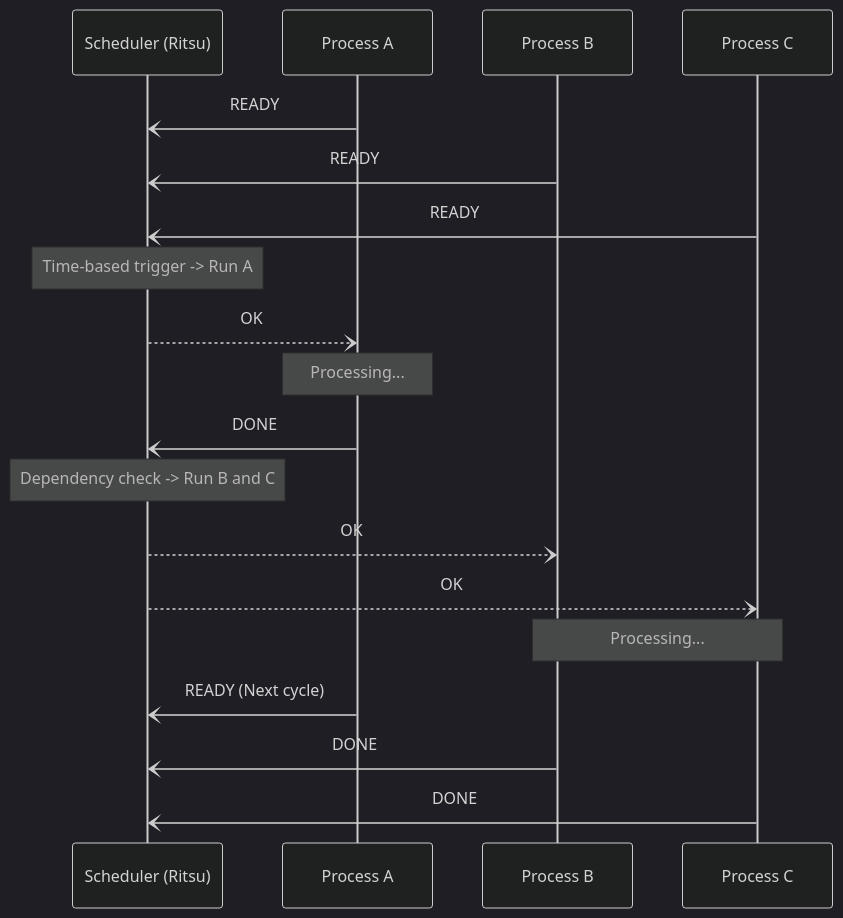
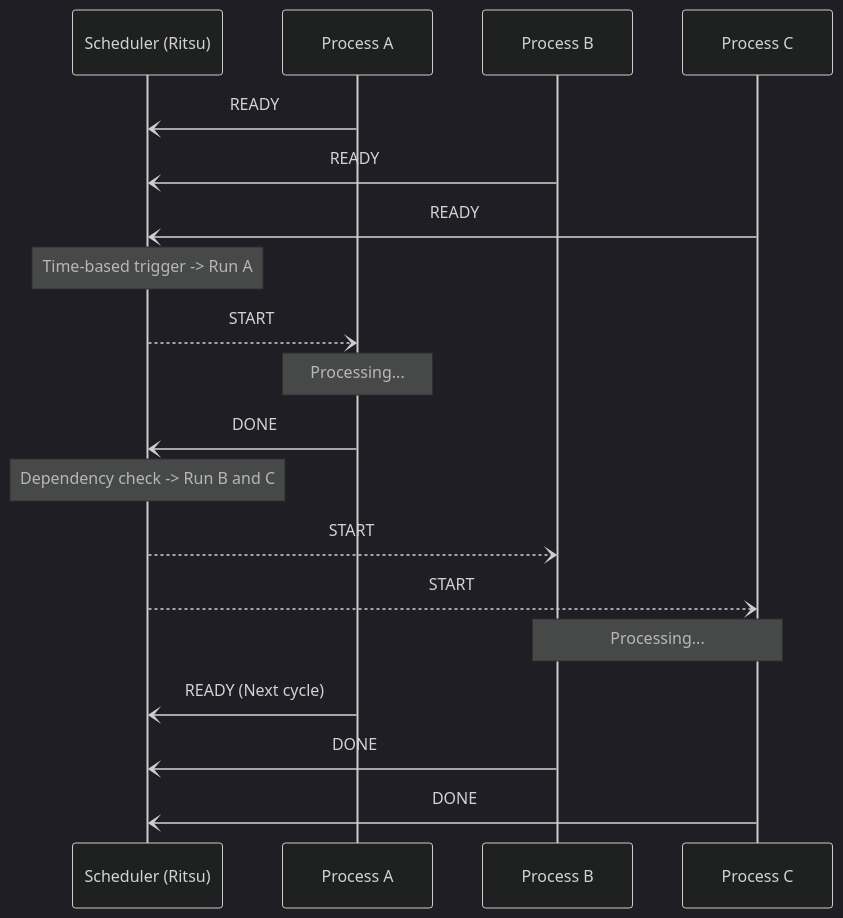
Before and after one commit to nao-kawano/ritsu-scheduler: the diagram in README.md, drawn with Mermaid (dark theme). The commit also changed 4 other files, not shown here.

First line of the commit message:
docs: refine message formats and flows for better extensibility and operability

````diff
--- a/README.md
+++ b/README.md
@@ -25,25 +25,25 @@
 ```mermaid
 sequenceDiagram
   participant S as Scheduler (Ritsu)
   participant A as Process A
   participant B as Process B
   participant C as Process C
 
   A -) S: READY
   B -) S: READY
   C -) S: READY
 
   Note over S: Time-based trigger -> Run A
-  S --) A: OK
+  S --) A: START
   Note over A: Processing...
   A -) S: DONE
 
   Note over S: Dependency check -> Run B and C
-  S --) B: OK
-  S --) C: OK
+  S --) B: START
+  S --) C: START
   Note over B,C: Processing...
 
   A -) S: READY (Next cycle)
   B -) S: DONE
   C -) S: DONE
 ```
````
